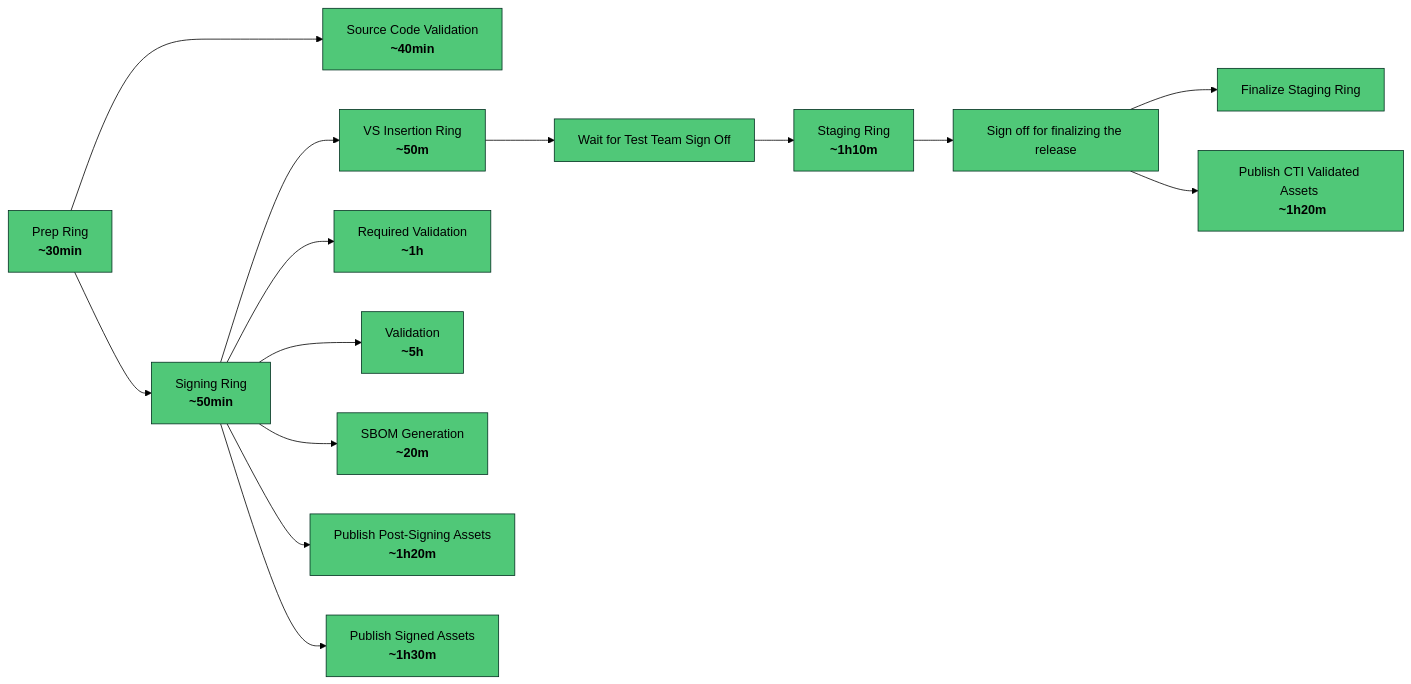
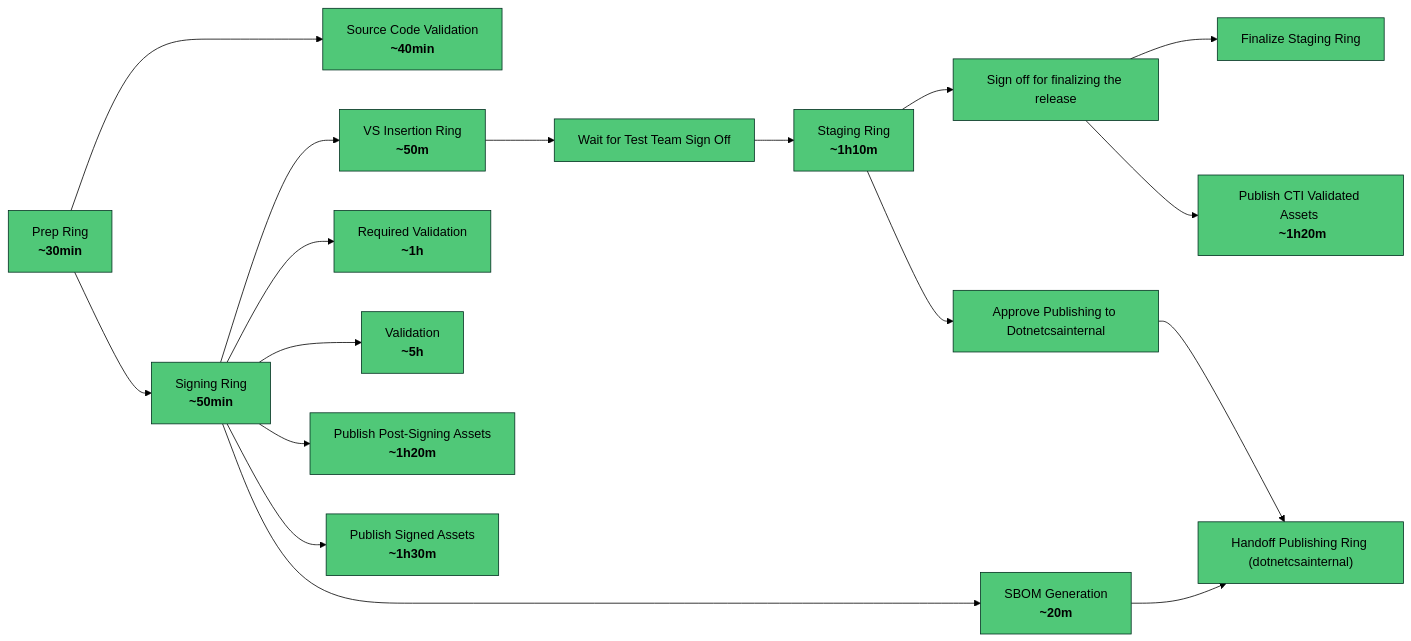
One commit to dotnet/arcade changed the second of 2 diagrams in Documentation/TeamProcess/One-Pagers/bcm-emergency-staging-pipeline-optimizations-12261.md. Above: the diagram before and after it, drawn with Mermaid (forest theme). The commit also changed other lines of this file, not shown here.

Commit message:
add new stages to diagram

````diff
--- a/Documentation/TeamProcess/One-Pagers/bcm-emergency-staging-pipeline-optimizations-12261.md
+++ b/Documentation/TeamProcess/One-Pagers/bcm-emergency-staging-pipeline-optimizations-12261.md
@@ -45,17 +47,20 @@
 ```mermaid
 flowchart LR
   prep["Prep Ring \n <b>~30min</b>"] --> signing["Signing Ring \n <b>~50min</b>"]
   prep ---> source_code_validation["Source Code Validation \n <b>~40min</b>"]
   signing --> vs_insertion["VS Insertion Ring \n <b>~50m</b>"]
   signing --> required_validation["Required Validation \n <b>~1h</b>"]
   signing --> validation["Validation \n <b>~5h</b>"]
   signing --> sbom_generation["SBOM Generation \n <b>~20m</b>"]
   signing --> publishing_v3_signed["Publish Post-Signing Assets \n <b>~1h20m</b>"]
   signing --> post_signing_publishing["Publish Signed Assets \n <b>~1h30m</b>"]
   vs_insertion --> cti_sign_off[Wait for Test Team Sign Off]
   cti_sign_off --> staging["Staging Ring \n <b>~1h10m</b>"]
   staging --> finalize_sign_off[Sign off for finalizing the release]
   finalize_sign_off --> finalize_staging[Finalize Staging Ring]
   finalize_sign_off --> publishing_v3_validated["Publish CTI Validated Assets \n <b>~1h20m</b>"]
+  staging --> handoff_sign_off_dotnetcsainternal[Approve Publishing to Dotnetcsainternal]
+  handoff_sign_off_dotnetcsainternal --> handoff_publishing_dotnetcsainternal["Handoff Publishing Ring (dotnetcsainternal)"]
+  sbom_generation --> handoff_publishing_dotnetcsainternal
   classDef default fill:#50C878, stroke:#023020;
 ```
````
